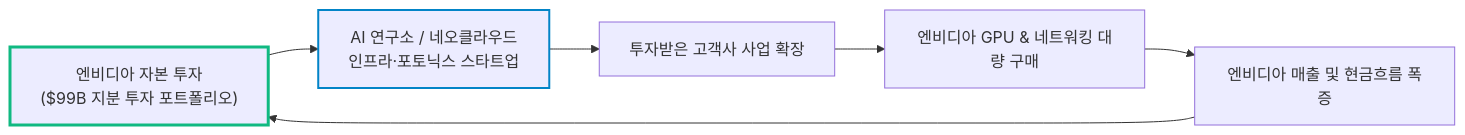
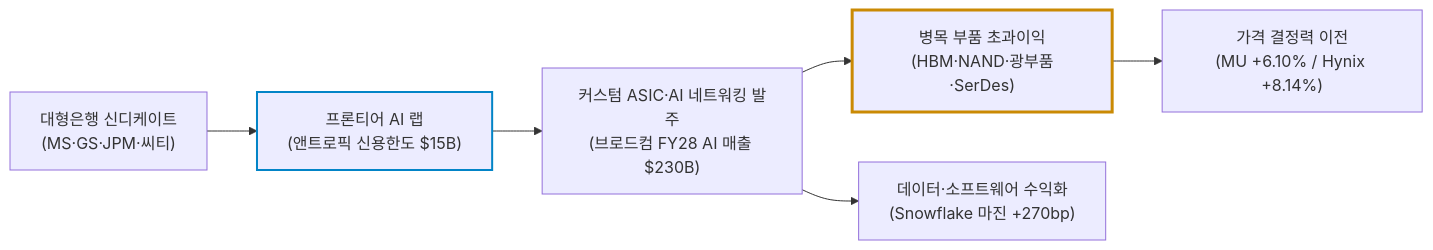
One commit to ju-sic/ju-sic.github.io changed the second of 2 diagrams in docs/news/2026/09/05.md. Above: the diagram before and after it, drawn with Mermaid. The commit also changed other lines of this file and 1 other file, not shown here.

````diff
--- a/docs/news/2026/09/05.md
+++ b/docs/news/2026/09/05.md
@@ -217,11 +166,11 @@
 ```mermaid
 flowchart LR
-    NVDA["엔비디아 자본 투자<br>($99B 지분 투자 포트폴리오)"] --> Client["AI 연구소 / 네오클라우드<br>인프라·포토닉스 스타트업"]
-    Client --> Growth["투자받은 고객사 사업 확장"]
-    Growth --> Demand["엔비디아 GPU & 네트워킹 대량 구매"]
-    Demand --> Rev["엔비디아 매출 및 현금흐름 폭증"]
-    Rev --> NVDA
+    Bank["대형은행 신디케이트<br>(MS·GS·JPM·씨티)"] --> Lab["프론티어 AI 랩<br>(앤트로픽 신용한도 $15B)"]
+    Lab --> Order["커스텀 ASIC·AI 네트워킹 발주<br>(브로드컴 FY28 AI 매출 $230B)"]
+    Order --> Part["병목 부품 초과이익<br>(HBM·NAND·광부품·SerDes)"]
+    Part --> Price["가격 결정력 이전<br>(MU +6.10% / Hynix +8.14%)"]
+    Order --> Soft["데이터·소프트웨어 수익화<br>(Snowflake 마진 +270bp)"]
 
-    style NVDA stroke:#10b981,stroke-width:3px
-    style Client stroke:#0284c7,stroke-width:2px
+    style Lab stroke:#0284c7,stroke-width:2px
+    style Part stroke:#ca8a04,stroke-width:3px
 ```
````
